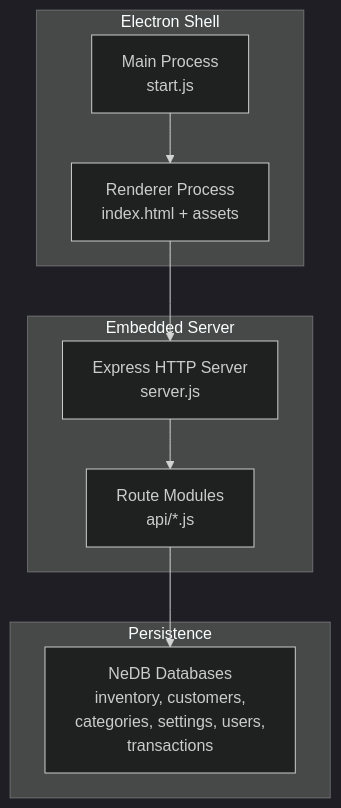
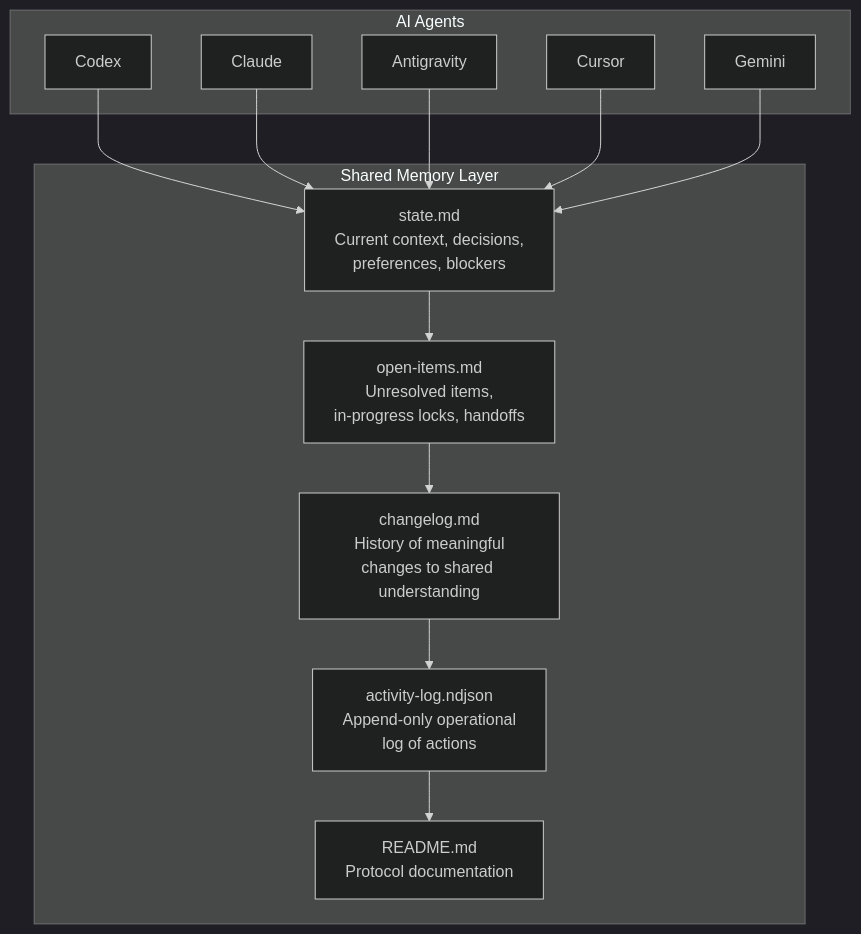
One commit to yosefdc7/PharmaPOS changed the first of 5 diagrams in .qoder/repowiki/en/content/Project Overview.md. Above: the diagram before and after it, drawn with Mermaid (dark theme). The commit also changed other lines of this file and 28 other files, not shown here.

````diff
--- a/.qoder/repowiki/en/content/Project Overview.md
+++ b/.qoder/repowiki/en/content/Project Overview.md
@@ -61,18 +102,26 @@
 ```mermaid
 graph TB
-subgraph "Electron Shell"
-Main["Main Process<br/>start.js"]
-Renderer["Renderer Process<br/>index.html + assets"]
+subgraph "AI Agents"
+Agent1["Codex"]
+Agent2["Claude"]
+Agent3["Antigravity"]
+Agent4["Cursor"]
+Agent5["Gemini"]
 end
-subgraph "Embedded Server"
-Express["Express HTTP Server<br/>server.js"]
-Routers["Route Modules<br/>api/*.js"]
+subgraph "Shared Memory Layer"
+State["state.md<br/>Current context, decisions,<br/>preferences, blockers"]
+OpenItems["open-items.md<br/>Unresolved items,<br/>in-progress locks, handoffs"]
+Changelog["changelog.md<br/>History of meaningful<br/>changes to shared understanding"]
+ActivityLog["activity-log.ndjson<br/>Append-only operational<br/>log of actions"]
+End["README.md<br/>Protocol documentation"]
 end
-subgraph "Persistence"
-NeDB["NeDB Databases<br/>inventory, customers,<br/>categories, settings, users,<br/>transactions"]
-end
-Main --> Renderer
-Renderer --> Express
-Express --> Routers
-Routers --> NeDB
+Agent1 --> State
+Agent2 --> State
+Agent3 --> State
+Agent4 --> State
+Agent5 --> State
+State --> OpenItems
+OpenItems --> Changelog
+Changelog --> ActivityLog
+ActivityLog --> End
 ```
````
